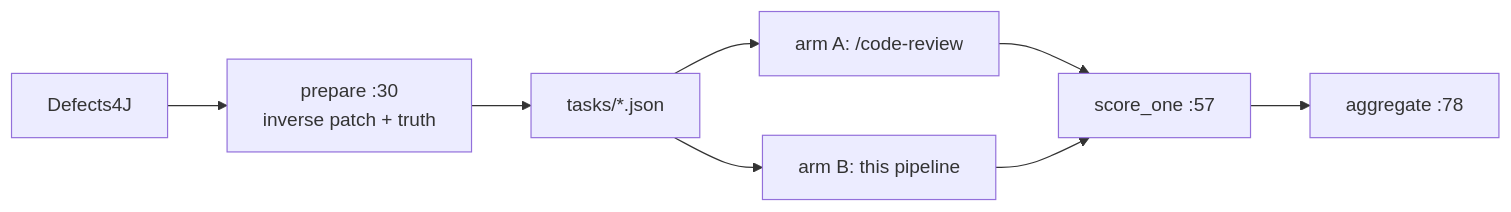
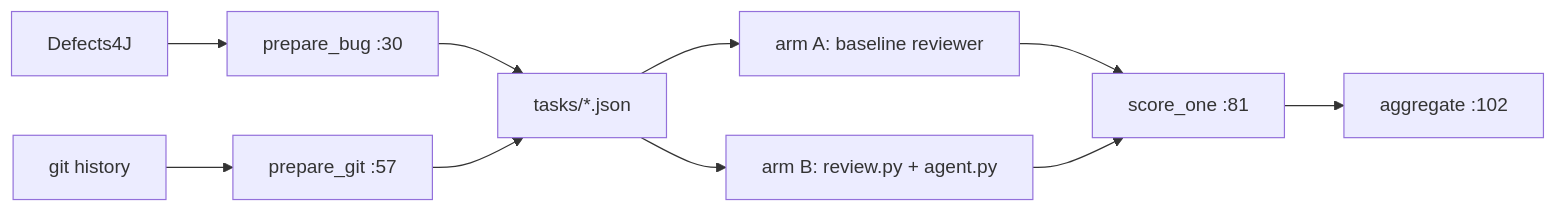
The fourth of 4 diagrams in docs/call-flow.md (liem18112000/graph-code-review-agent), drawn with Mermaid before and after one commit. The commit also changed other lines of this file and 11 other files, not shown here.

````diff
--- a/docs/call-flow.md
+++ b/docs/call-flow.md
@@ -363,10 +409,12 @@
 ```mermaid
 flowchart LR
-    D4["Defects4J"] --> P["prepare :30<br/>inverse patch + truth"]
+    D4["Defects4J"] --> P["prepare_bug :30"]
+    GH["git history"] --> PG["prepare_git :57"]
     P --> T["tasks/*.json"]
-    T --> A1["arm A: /code-review"]
-    T --> A2["arm B: this pipeline"]
-    A1 --> SC["score_one :57"]
+    PG --> T
+    T --> A1["arm A: baseline reviewer"]
+    T --> A2["arm B: review.py + agent.py"]
+    A1 --> SC["score_one :81"]
     A2 --> SC
-    SC --> AG["aggregate :78"]
+    SC --> AGG["aggregate :102"]
 ```
````
